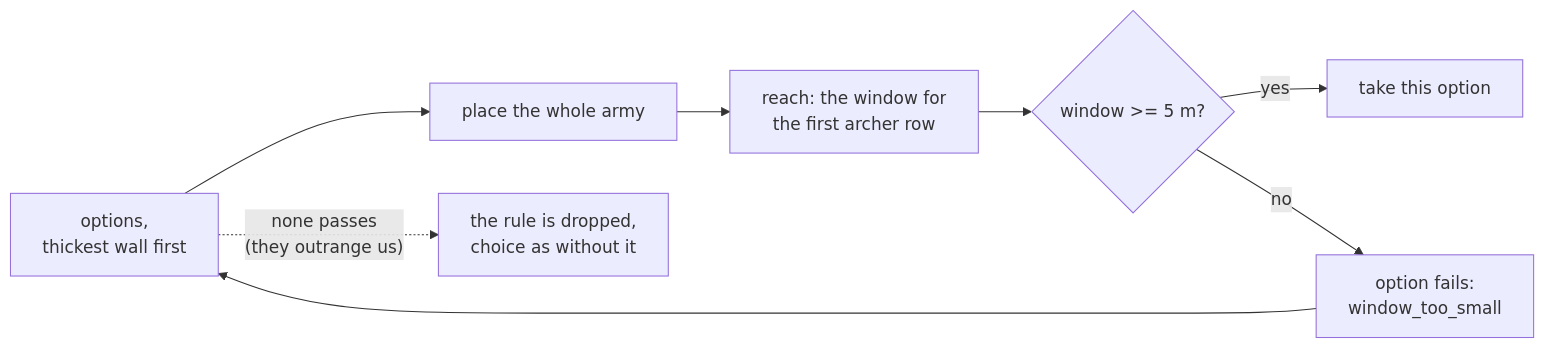
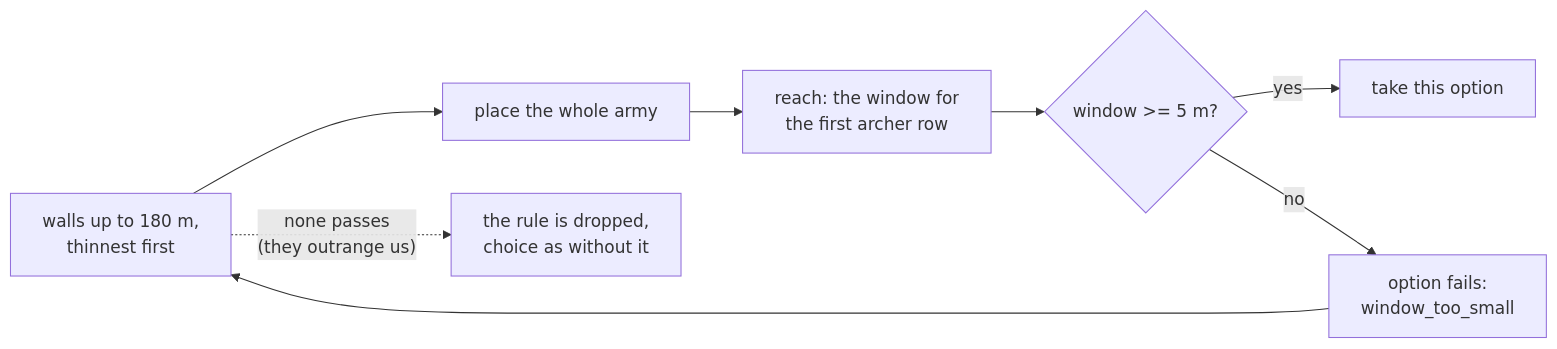
One commit to DimaZero7/TWW3-batle-ai changed the second of 2 diagrams in docs/en/tree/formation_window.md. Above: the diagram before and after it, drawn with Mermaid. The commit also changed other lines of this file and 28 other files, not shown here.

````diff
--- a/docs/en/tree/formation_window.md
+++ b/docs/en/tree/formation_window.md
@@ -40,9 +41,9 @@
 ```mermaid
 flowchart LR
-  o["options,<br/>thickest wall first"] --> pl["place the whole army"]
+  o["walls up to 180 m,<br/>thinnest first"] --> pl["place the whole army"]
   pl --> r["reach: the window for<br/>the first archer row"]
   r --> q{"window >= 5 m?"}
   q -- yes --> take["take this option"]
   q -- no --> next["option fails:<br/>window_too_small"] --> o
   o -. "none passes<br/>(they outrange us)" .-> drop["the rule is dropped,<br/>choice as without it"]
 ```
````
